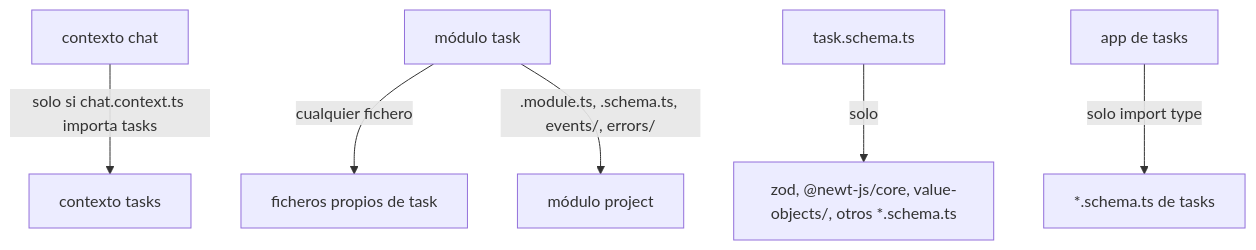
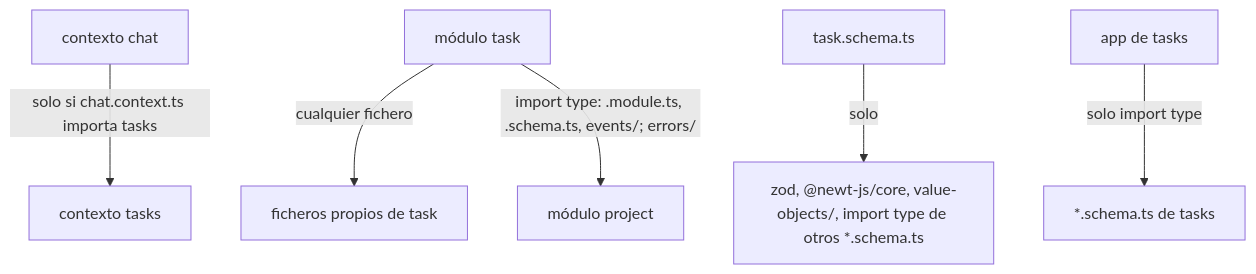
The diagram in web/src/content/docs/es/reference/lint.md (newt-js/newt), drawn with Mermaid before and after one commit. The commit also changed other lines of this file and 20 other files, not shown here.

````diff
--- a/web/src/content/docs/es/reference/lint.md
+++ b/web/src/content/docs/es/reference/lint.md
@@ -70,8 +70,8 @@
 ```mermaid
 flowchart TD
   chat["contexto chat"] -->|"solo si chat.context.ts importa tasks"| tasks["contexto tasks"]
   task["módulo task"] -->|"cualquier fichero"| own["ficheros propios de task"]
-  task -->|".module.ts, .schema.ts, events/, errors/"| project["módulo project"]
-  schema["task.schema.ts"] -->|"solo"| deps["zod, @newt-js/core, value-objects/, otros *.schema.ts"]
+  task -->|"import type: .module.ts, .schema.ts, events/; errors/"| project["módulo project"]
+  schema["task.schema.ts"] -->|"solo"| deps["zod, @newt-js/core, value-objects/, import type de otros *.schema.ts"]
   frontend["app de tasks"] -->|"solo import type"| schemas["*.schema.ts de tasks"]
 ```
````
